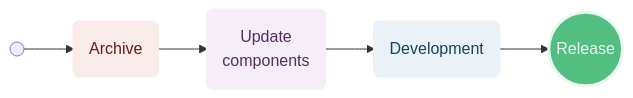
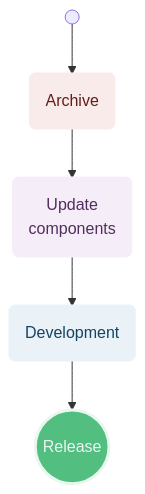
One commit to spectrum-health-systems/tingen-documentation changed the first of 8 diagrams in Development/Workflows/workflows.md. Above: the diagram before and after it, drawn with Mermaid. The commit also changed other lines of this file, not shown here.

````diff
--- a/Development/Workflows/workflows.md
+++ b/Development/Workflows/workflows.md
@@ -17,21 +17,22 @@
 ```mermaid
-flowchart LR
+flowchart TB
   %% Components
   Start@{shape: sm-circ, label: "Start the workflow\n[sm-circ]"}
   Archive@{shape: rounded, label: "Archive"}
   UpdateComponents@{shape: rounded, label: "Update\ncomponents"}
   Development@{shape: rounded, label: "Development"}
   Release@{shape: circ, label: "Release"}
+
+  %% Subgraphs
+  %% (none)
+
   %% Layout
-  Start -->Archive:::R0_ --> UpdateComponents:::P0_ --> Development:::U0_ --> Release:::G2_
+  Start --> Archive:::R0_ --> UpdateComponents:::P0_ --> Development:::U0_ --> Release:::G2_
 
   %% Styles
   classDef R0_ stroke:#f9ebea,stroke-width:3px,fill:#f9ebea,color:#641e16
   classDef P0_ stroke:#f5eef8,stroke-width:3px,fill:#f5eef8,color:#512e5f
   classDef U0_ stroke:#eaf2f8,stroke-width:3px,fill:#eaf2f8,color:#154360
   classDef G2_ stroke:#e9f7ef,stroke-width:3px,fill:#52be80,color:#e9f7ef
-  classDef Y5_ stroke:#7d6608,stroke-width:3px,fill:#fef9e7,color:#7d6608
-  classDef E5_ stroke:#784212,stroke-width:3px,fill:#fdf2e9,color:#784212
-  %% Styles - Global
   classDef Hidden display: none;
 ```
````
